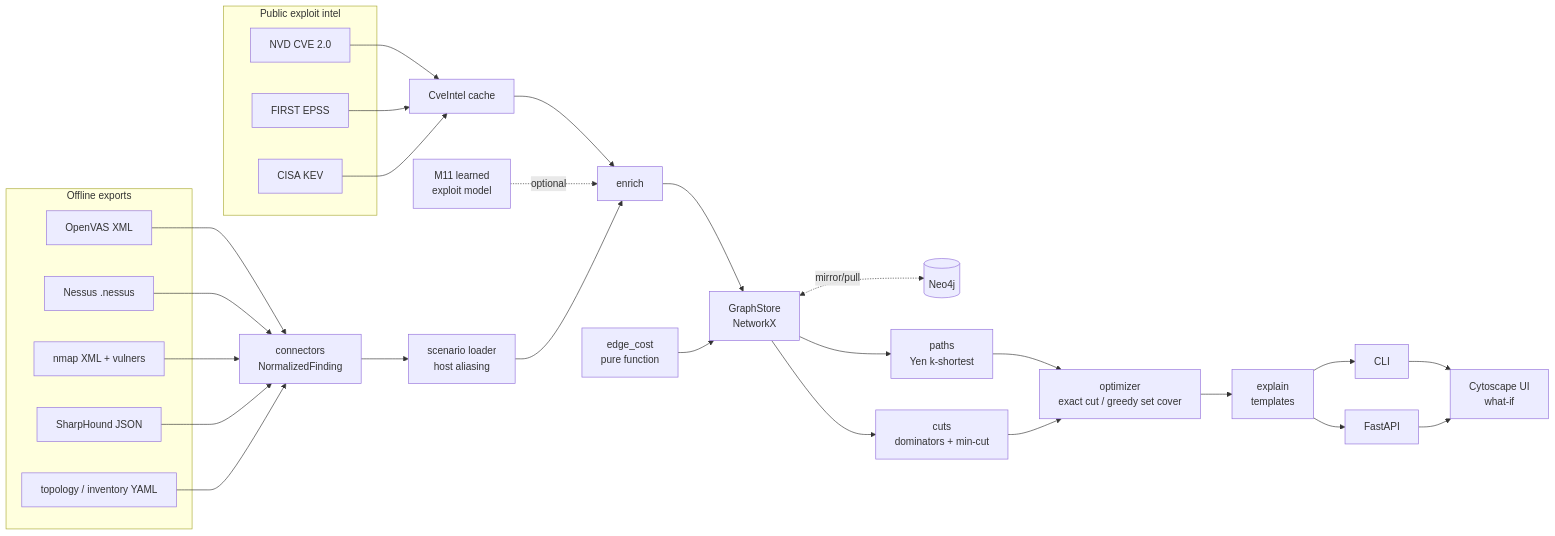
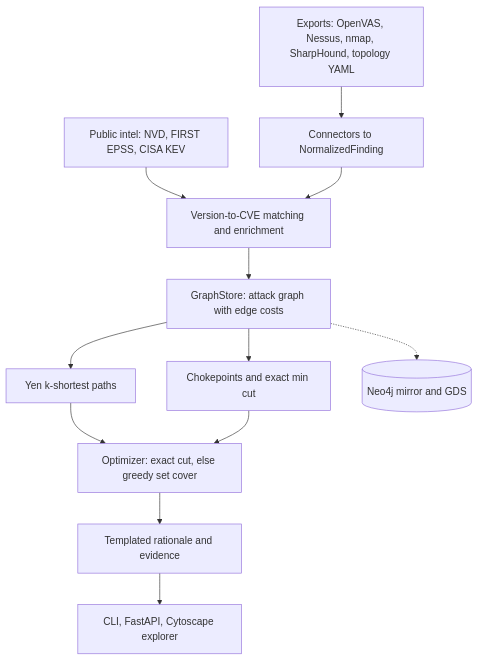
The diagram in README.md (rakshit-737/linchpin), drawn with Mermaid before and after one commit. The commit also changed other lines of this file and 1 other file, not shown here.

First line of the commit message:
docs: README hero with the contribution, evidence, 60-second start; Unreleased changelog

````diff
--- a/README.md
+++ b/README.md
@@ -29,26 +48,12 @@
 ```mermaid
-flowchart LR
-  subgraph Exports[Offline exports]
-    OV[OpenVAS XML]
-    NE[Nessus .nessus]
-    NM[nmap XML + vulners]
-    BH[SharpHound JSON]
-    INV[topology / inventory YAML]
-  end
-  subgraph Intel[Public exploit intel]
-    NVD[NVD CVE 2.0]
-    EPSS[FIRST EPSS]
-    KEV[CISA KEV]
-  end
-  OV & NE & NM & BH & INV --> C[connectors<br/>NormalizedFinding]
-  NVD & EPSS & KEV --> I[CveIntel cache] --> E[enrich]
-  ML[M11 learned<br/>exploit model] -.optional.-> E
-  C --> SC[scenario loader<br/>host aliasing] --> E --> G[GraphStore<br/>NetworkX]
-  G <-.mirror/pull.-> N4[(Neo4j)]
-  COST[edge_cost<br/>pure function] --> G
-  G --> P[paths<br/>Yen k-shortest]
-  G --> CUT[cuts<br/>dominators + min-cut]
-  P --> O[optimizer<br/>exact cut / greedy set cover]
-  CUT --> O --> X[explain<br/>templates]
-  X --> CLI[CLI] & API[FastAPI] --> UI[Cytoscape UI<br/>what-if]
+flowchart TB
+  EX["Exports: OpenVAS, Nessus, nmap, SharpHound, topology YAML"] --> CON["Connectors to NormalizedFinding"]
+  INTEL["Public intel: NVD, FIRST EPSS, CISA KEV"] --> ENR["Version-to-CVE matching and enrichment"]
+  CON --> ENR --> G["GraphStore: attack graph with edge costs"]
+  G --> P["Yen k-shortest paths"]
+  G --> CUT["Chokepoints and exact min cut"]
+  P --> OPT["Optimizer: exact cut, else greedy set cover"]
+  CUT --> OPT --> EXP["Templated rationale and evidence"]
+  EXP --> OUT["CLI, FastAPI, Cytoscape explorer"]
+  G -.-> N4[("Neo4j mirror and GDS")]
 ```
````
